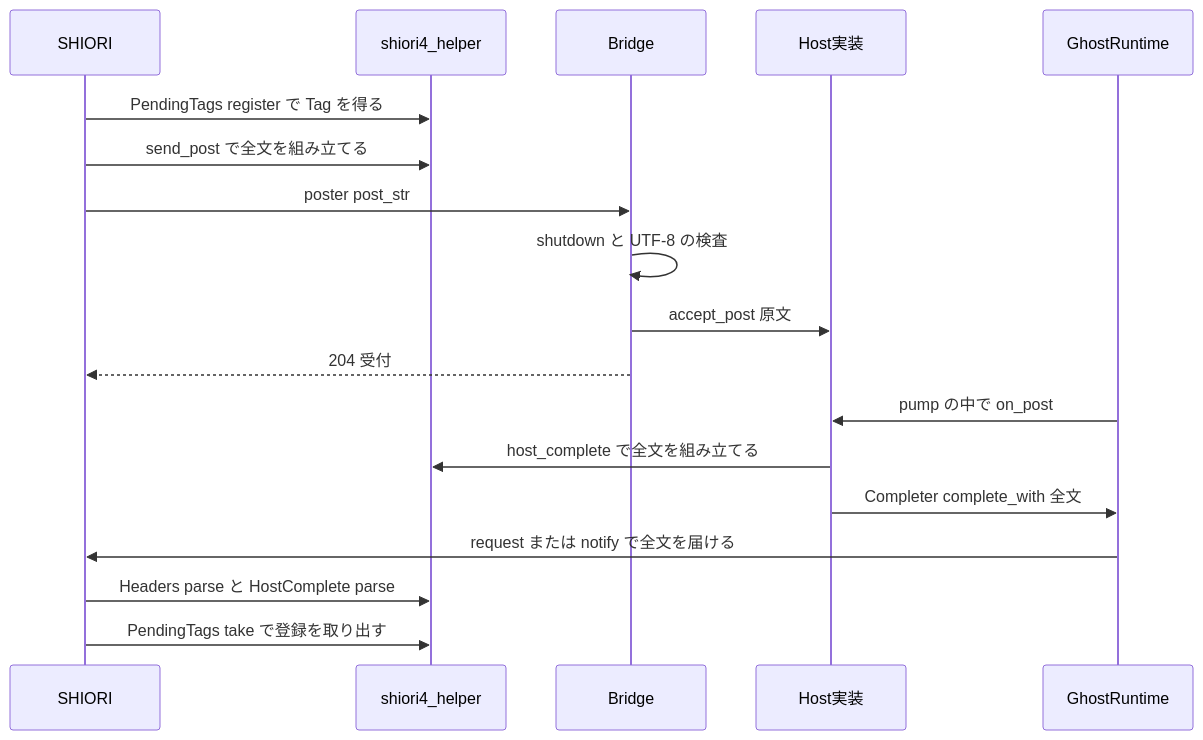
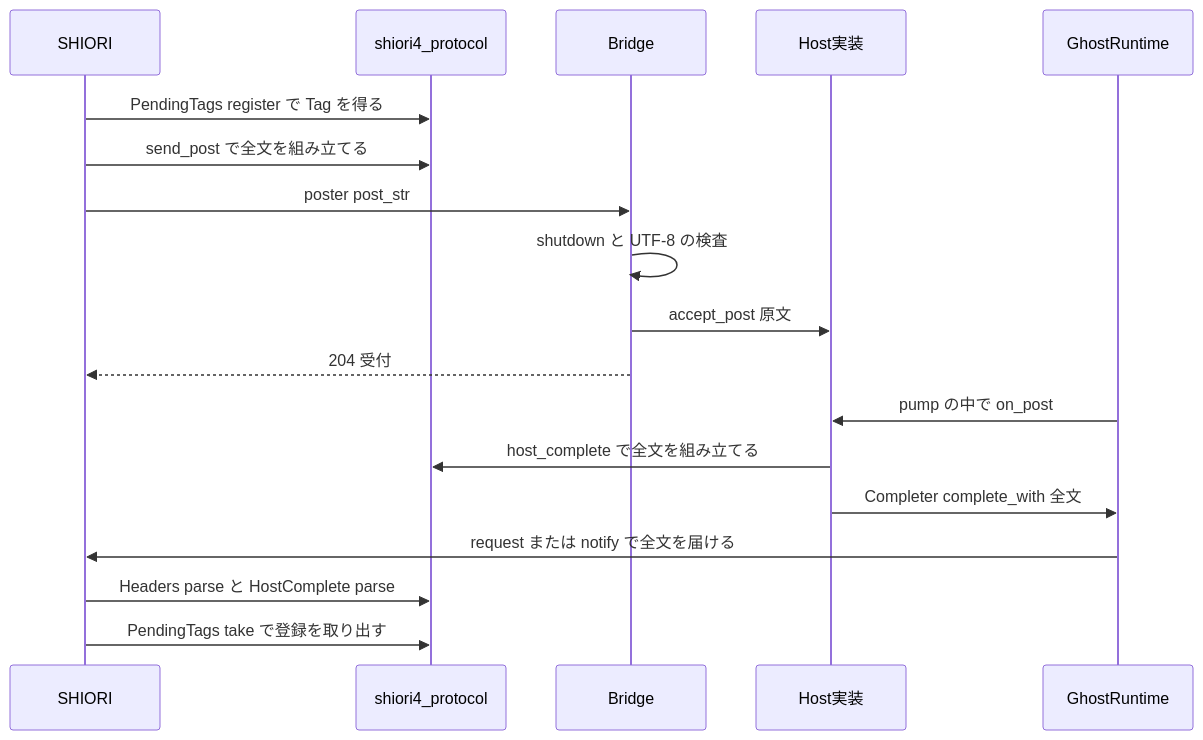
The second of 3 diagrams in .kiro/specs/host-protocol/design.md (ekicyou/shiori4), drawn with Mermaid before and after one commit. The commit also changed other lines of this file and 2 other files, not shown here.

Commit message:
docs(host-protocol): 設計議題10,11 を推奨案で確定（shiori4_protocol に改名）

````diff
--- a/.kiro/specs/host-protocol/design.md
+++ b/.kiro/specs/host-protocol/design.md
@@ -138,20 +138,20 @@
 ```mermaid
 sequenceDiagram
     participant G as SHIORI
-    participant P as shiori4_helper
+    participant P as shiori4_protocol
     participant B as Bridge
     participant H as Host実装
     participant R as GhostRuntime
     G->>P: PendingTags register で Tag を得る
     G->>P: send_post で全文を組み立てる
     G->>B: poster post_str
     B->>B: shutdown と UTF-8 の検査
     B->>H: accept_post 原文
     B-->>G: 204 受付
     R->>H: pump の中で on_post
     H->>P: host_complete で全文を組み立てる
     H->>R: Completer complete_with 全文
     R->>G: request または notify で全文を届ける
     G->>P: Headers parse と HostComplete parse
     G->>P: PendingTags take で登録を取り出す
 ```
````
